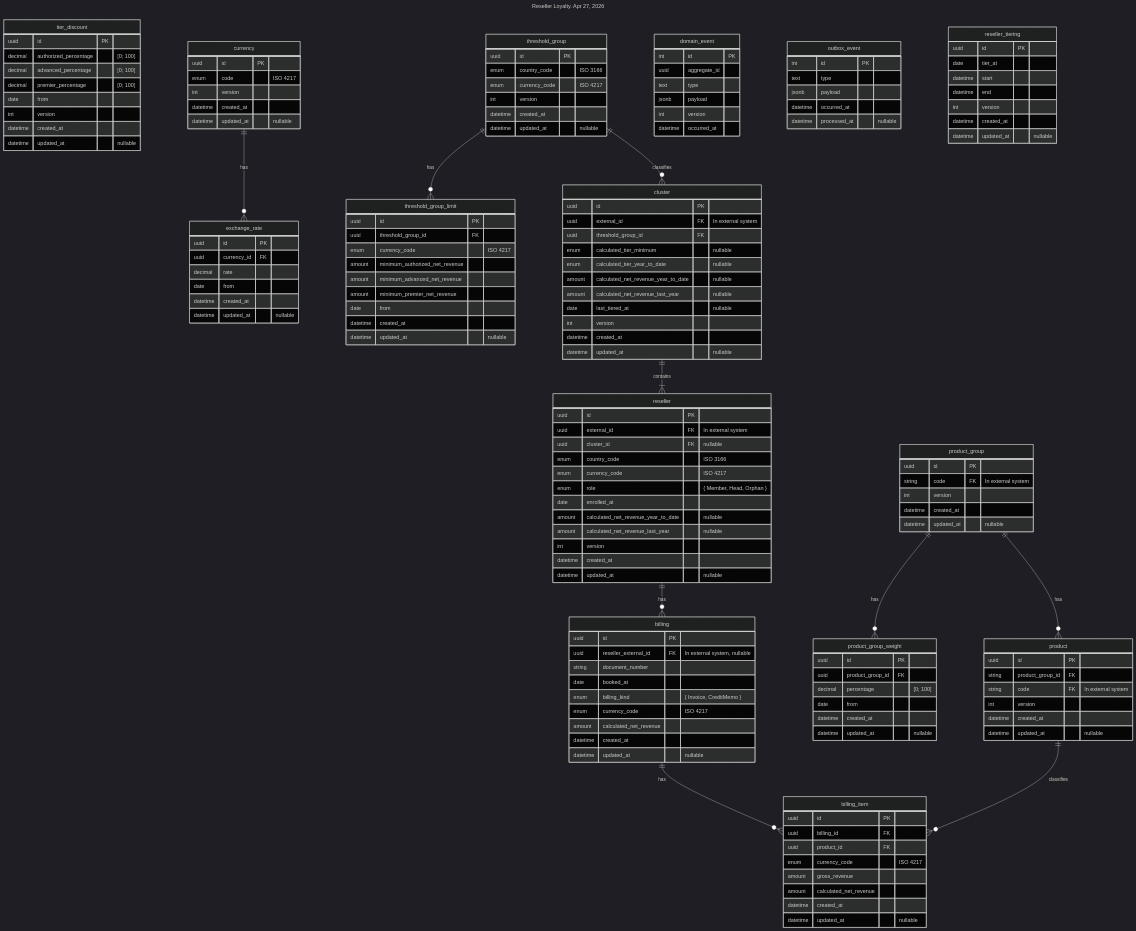
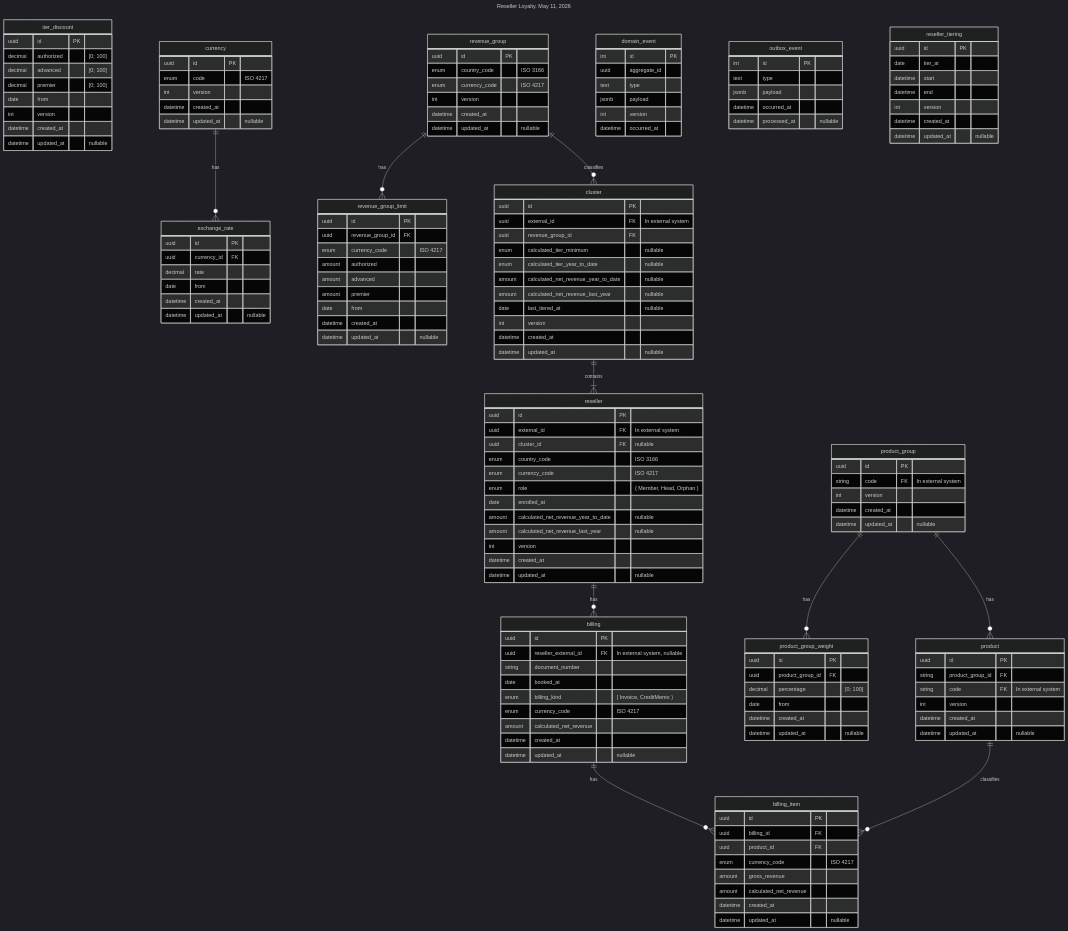
One commit to ronnieholm/Golang-onion-architecture-sample changed the diagram in docs/database.mermaid. Above: the diagram before and after it, drawn with Mermaid (dark theme). The commit also changed 9 other files, not shown here.

```diff
--- a/docs/database.mermaid
+++ b/docs/database.mermaid
@@ -1,167 +1,167 @@
 ---
-title: Reseller Loyalty. Apr 27, 2026
+title: Reseller Loyalty. May 11, 2026
 ---
 erDiagram
     product_group {
         uuid id PK
         string code FK "In external system"
         int version
         datetime created_at
         datetime updated_at "nullable"
     }
 
     product {
         uuid id PK
         string product_group_id FK
         string code FK "In external system"
         int version
         datetime created_at
         datetime updated_at "nullable"
     }
 
     product_group_weight {
         uuid id PK
         uuid product_group_id FK
         decimal percentage "[0; 100]"
         date from
         datetime created_at
         datetime updated_at "nullable"
     }
 
     tier_discount {
         uuid id PK
-        decimal authorized_percentage "[0; 100]"
-        decimal advanced_percentage "[0; 100]"
-        decimal premier_percentage "[0; 100]"
+        decimal authorized "[0; 100]"
+        decimal advanced "[0; 100]"
+        decimal premier "[0; 100]"
         date from
         int version
         datetime created_at
         datetime updated_at "nullable"
     }
 
     currency {
         uuid id PK
         enum code "ISO 4217"
         int version
         datetime created_at
         datetime updated_at "nullable"
     }
 
     exchange_rate {
         uuid id PK
         uuid currency_id FK
         decimal rate
         date from
         datetime created_at
         datetime updated_at "nullable"
     }
 
-    threshold_group {
+    revenue_group {
         uuid id PK
         enum country_code "ISO 3166"
         enum currency_code "ISO 4217"
         int version
         datetime created_at
         datetime updated_at "nullable"
     }
 
-    threshold_group_limit {
+    revenue_group_limit {
         uuid id PK
-        uuid threshold_group_id FK
+        uuid revenue_group_id FK
         enum currency_code "ISO 4217"
-        amount minimum_authorized_net_revenue
-        amount minimum_advanced_net_revenue
-        amount minimum_premier_net_revenue
+        amount authorized
+        amount advanced
+        amount premier
         date from
         datetime created_at
         datetime updated_at "nullable"
     }
 
     cluster {
         uuid id PK
         uuid external_id FK "In external system"
-        uuid threshold_group_id FK
+        uuid revenue_group_id FK
         enum calculated_tier_minimum "nullable"
         enum calculated_tier_year_to_date "nullable"
         amount calculated_net_revenue_year_to_date "nullable"
         amount calculated_net_revenue_last_year "nullable"
         date last_tiered_at "nullable"
         int version
         datetime created_at
         datetime updated_at "nullable"
     }
 
     reseller {
         uuid id PK
         uuid external_id FK "In external system"
         uuid cluster_id FK "nullable"
         enum country_code "ISO 3166"
         enum currency_code "ISO 4217"
         enum role "{ Member, Head, Orphan }"
         date enrolled_at
         amount calculated_net_revenue_year_to_date "nullable"
         amount calculated_net_revenue_last_year "nullable"
         int version
         datetime created_at
         datetime updated_at "nullable"
     }
 
     billing {
         uuid id PK
         uuid reseller_external_id FK "In external system, nullable"
         string document_number
         date booked_at
         enum billing_kind "{ Invoice, CreditMemo }"
         enum currency_code "ISO 4217"
         amount calculated_net_revenue
         datetime created_at
         datetime updated_at "nullable"
     }
 
     billing_item {
         uuid id PK
         uuid billing_id FK
         uuid product_id FK
         enum currency_code "ISO 4217"
         amount gross_revenue
         amount calculated_net_revenue
         datetime created_at
         datetime updated_at "nullable"
     }
 
     domain_event {
         int id PK
         uuid aggregate_id
         text type
         jsonb payload
         int version
         datetime occurred_at
     }
 
     outbox_event {
         int id PK
         text type
         jsonb payload
         datetime occurred_at
         datetime processed_at "nullable" 
     }
 
     reseller_tiering {
         uuid id PK
         date tier_at
         datetime start
         datetime end
         int version
         datetime created_at
         datetime updated_at "nullable"
     }
 
     product_group ||--o{ product_group_weight : has
     product_group ||--o{ product : has
     cluster ||--|{ reseller : contains
-    threshold_group ||--o{ cluster : classifies
-    threshold_group ||--o{ threshold_group_limit : has
+    revenue_group ||--o{ cluster : classifies
+    revenue_group ||--o{ revenue_group_limit : has
     currency ||--o{ exchange_rate : has
     reseller ||--o{ billing : has
     billing ||--o{ billing_item : has
     product ||--o{ billing_item : classifies
```
